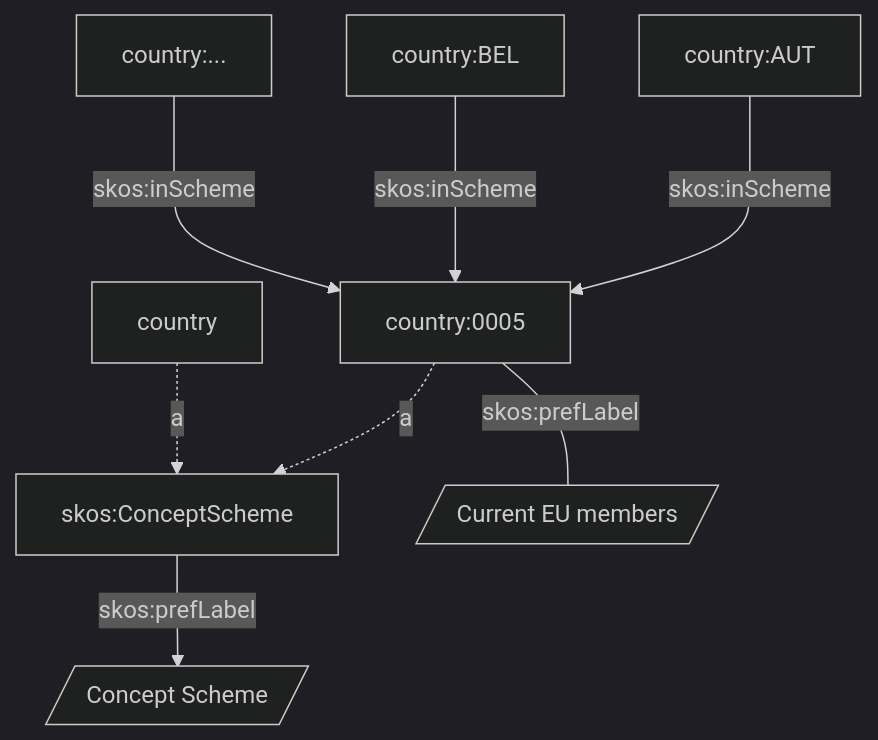
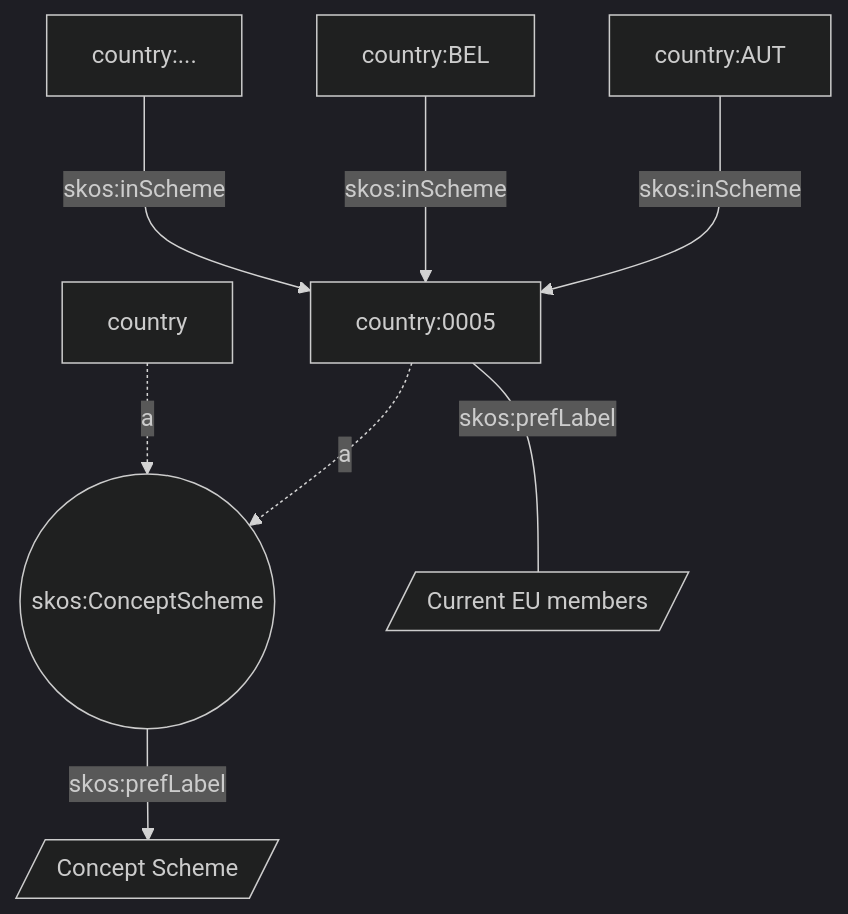
The first of 2 diagrams in sparql-101/11-sparql-metadata.md (ioggstream/python-course), drawn with Mermaid (dark theme) before and after one commit. The commit also changed other lines of this file and 17 other files, not shown here.

````diff
--- a/sparql-101/11-sparql-metadata.md
+++ b/sparql-101/11-sparql-metadata.md
@@ -138,15 +163,15 @@
 ```mermaid
 graph
 
 skos:ConceptScheme
 skos:ConceptScheme -->|skos:prefLabel| _l1[/"Concept Scheme"/]
 
-country:0005 -.->|a| skos:ConceptScheme
+country:0005 -.->|a| skos:ConceptScheme((skos:ConceptScheme))
 country:0005 ---|skos:prefLabel| _l[/"Current EU members"/]
 
 country -.->|a| skos:ConceptScheme
 country:AUT --->|skos:inScheme| country:0005
 country:BEL --->|skos:inScheme| country:0005
 country:... --->|skos:inScheme| country:0005
 
 ```
````
